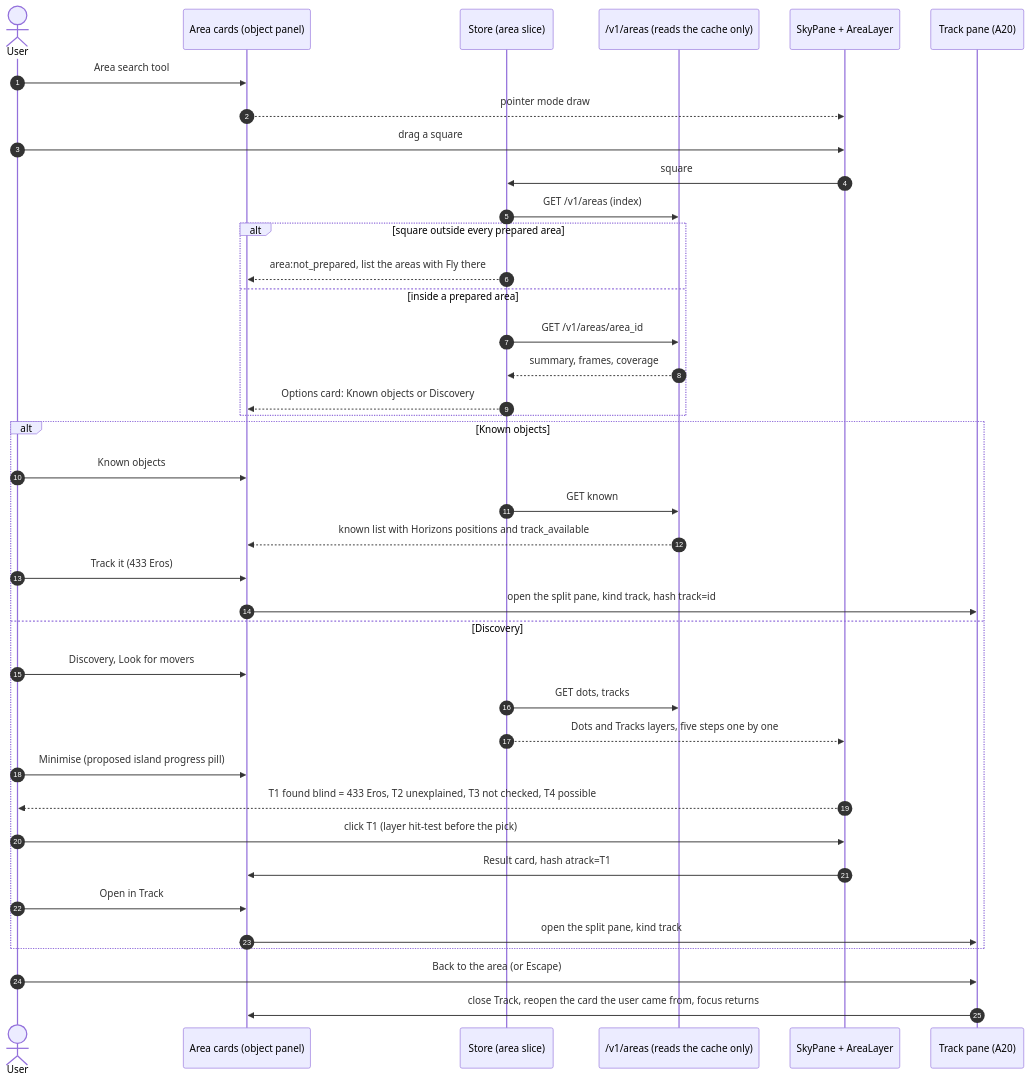
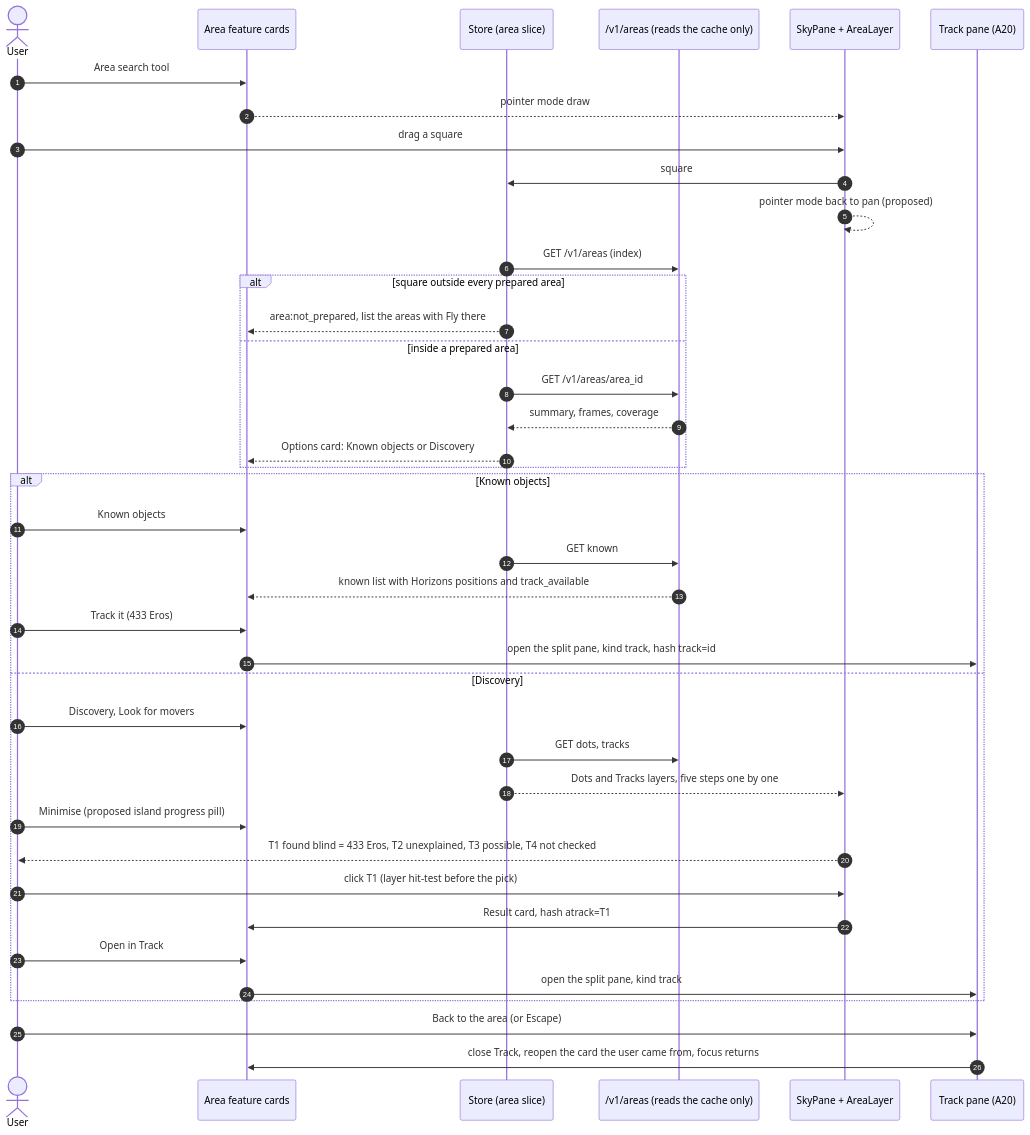
Before and after one commit to 0ffrian/SphereX: the third of 3 diagrams in docs/uml/22-area-search.md, drawn with Mermaid. The commit also changed other lines of this file and 75 other files, not shown here.

````diff
--- a/docs/uml/22-area-search.md
+++ b/docs/uml/22-area-search.md
@@ -102,41 +102,42 @@
 ```mermaid
 sequenceDiagram
   autonumber
   actor U as User
-  participant P as Area cards (object panel)
+  participant P as Area feature cards
   participant ST as Store (area slice)
   participant A as /v1/areas (reads the cache only)
   participant SP as SkyPane + AreaLayer
   participant T as Track pane (A20)
   U->>P: Area search tool
   P-->>SP: pointer mode draw
   U->>SP: drag a square
   SP->>ST: square
+  SP-->>SP: pointer mode back to pan (proposed)
   ST->>A: GET /v1/areas (index)
   alt square outside every prepared area
     ST-->>P: area:not_prepared, list the areas with Fly there
   else inside a prepared area
     ST->>A: GET /v1/areas/area_id
     A-->>ST: summary, frames, coverage
     ST-->>P: Options card: Known objects or Discovery
   end
   alt Known objects
     U->>P: Known objects
     ST->>A: GET known
     A-->>P: known list with Horizons positions and track_available
     U->>P: Track it (433 Eros)
     P->>T: open the split pane, kind track, hash track=id
   else Discovery
     U->>P: Discovery, Look for movers
     ST->>A: GET dots, tracks
     ST-->>SP: Dots and Tracks layers, five steps one by one
     U->>P: Minimise (proposed island progress pill)
-    SP-->>U: T1 found blind = 433 Eros, T2 unexplained, T3 not checked, T4 possible
+    SP-->>U: T1 found blind = 433 Eros, T2 unexplained, T3 possible, T4 not checked
     U->>SP: click T1 (layer hit-test before the pick)
     SP->>P: Result card, hash atrack=T1
     U->>P: Open in Track
     P->>T: open the split pane, kind track
   end
   U->>T: Back to the area (or Escape)
   T->>P: close Track, reopen the card the user came from, focus returns
 ```
````
